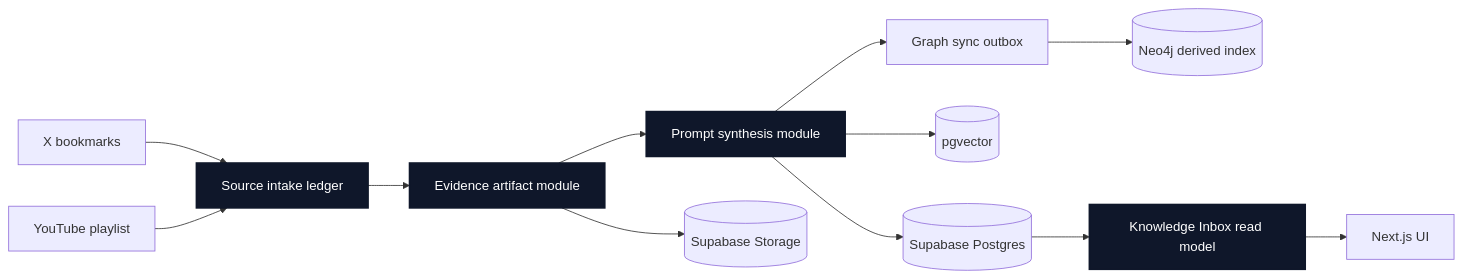
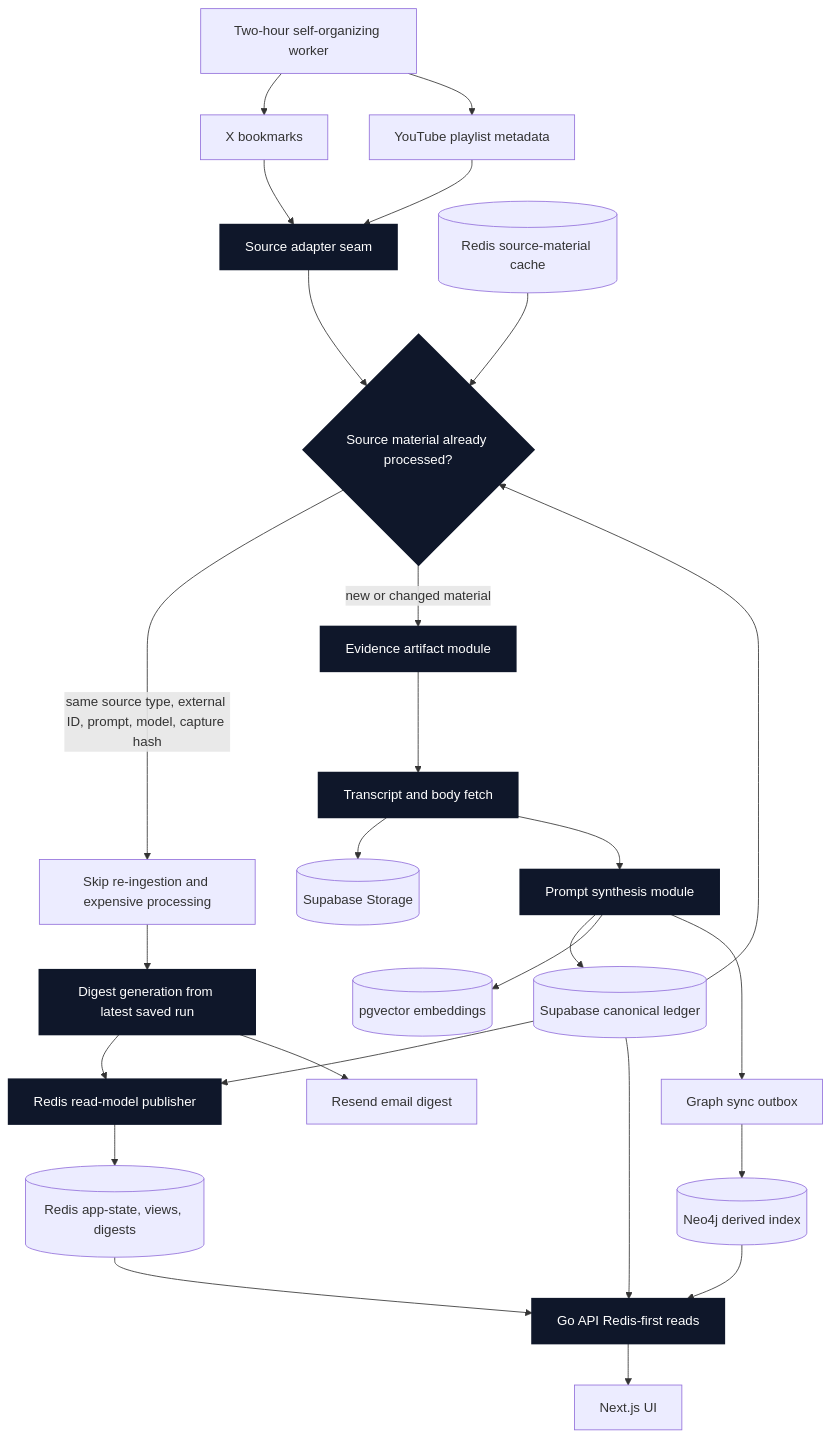
Before and after one commit to mohantyabhijit/second-brain: the diagram in design/architecture-overview.md, drawn with Mermaid. The commit also changed other lines of this file and 16 other files, not shown here.

Commit message:
Add source material dedupe gate (#14)

````diff
--- a/design/architecture-overview.md
+++ b/design/architecture-overview.md
@@ -3,17 +3,34 @@
 ```mermaid
-flowchart LR
-  X[X bookmarks] --> A[Source intake ledger]
-  Y[YouTube playlist] --> A
-  A --> B[Evidence artifact module]
-  B --> C[Prompt synthesis module]
-  C --> D[(Supabase Postgres)]
-  B --> E[(Supabase Storage)]
-  C --> F[(pgvector)]
-  C --> G[Graph sync outbox]
+flowchart TB
+  W[Two-hour self-organizing worker] --> X[X bookmarks]
+  W --> Y[YouTube playlist metadata]
+  X --> A[Source adapter seam]
+  Y --> A
+
+  A --> B{Source material already processed?}
+  R[(Redis source-material cache)] --> B
+  D[(Supabase canonical ledger)] --> B
+  B -->|same source type, external ID, prompt, model, capture hash| Z[Skip re-ingestion and expensive processing]
+  B -->|new or changed material| C[Evidence artifact module]
+
+  Z --> Q[Digest generation from latest saved run]
+  C --> T[Transcript and body fetch]
+  T --> E[(Supabase Storage)]
+  T --> S[Prompt synthesis module]
+  S --> D
+  S --> F[(pgvector embeddings)]
+  S --> G[Graph sync outbox]
   G --> H[(Neo4j derived index)]
-  D --> I[Knowledge Inbox read model]
+
+  D --> M[Redis read-model publisher]
+  Q --> M
+  M --> N[(Redis app-state, views, digests)]
+  N --> I[Go API Redis-first reads]
+  D --> I
+  H --> I
   I --> J[Next.js UI]
+  Q --> K[Resend email digest]
 
   classDef deep fill:#0f172a,color:#fff,stroke:#0f172a,stroke-width:2px;
-  class A,B,C,I deep;
+  class A,B,C,I,M,Q,S,T deep;
 ```
````
